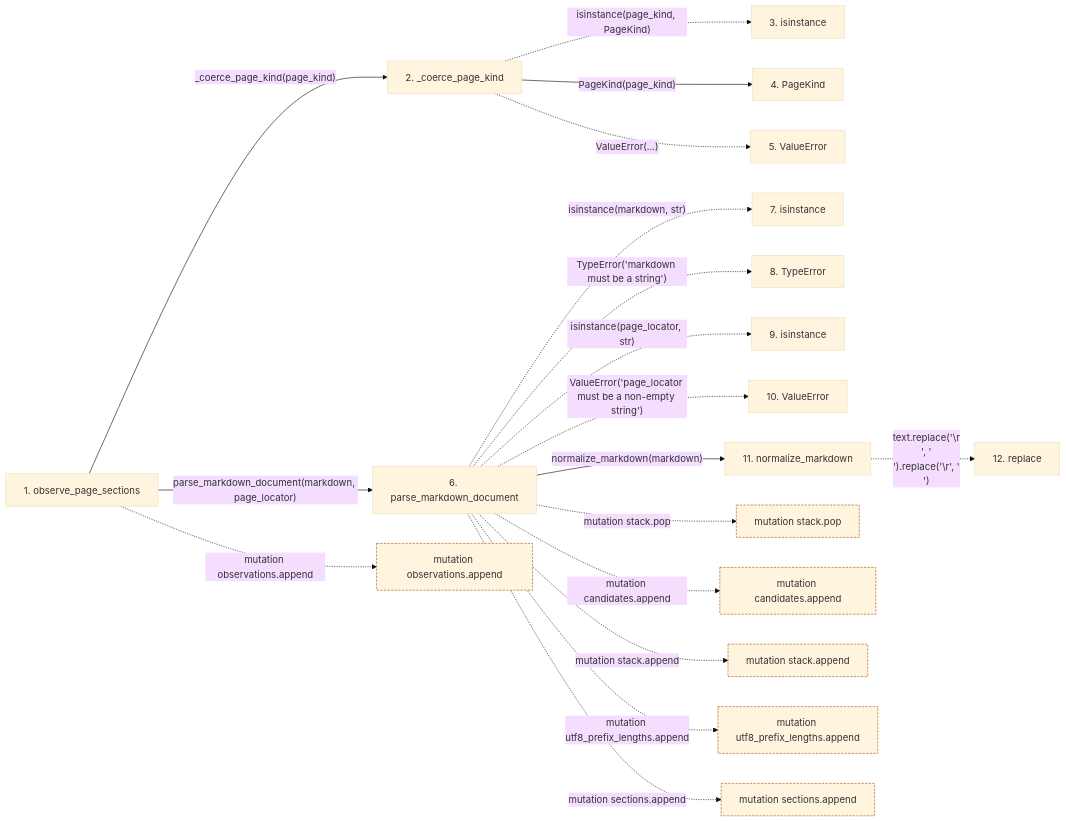
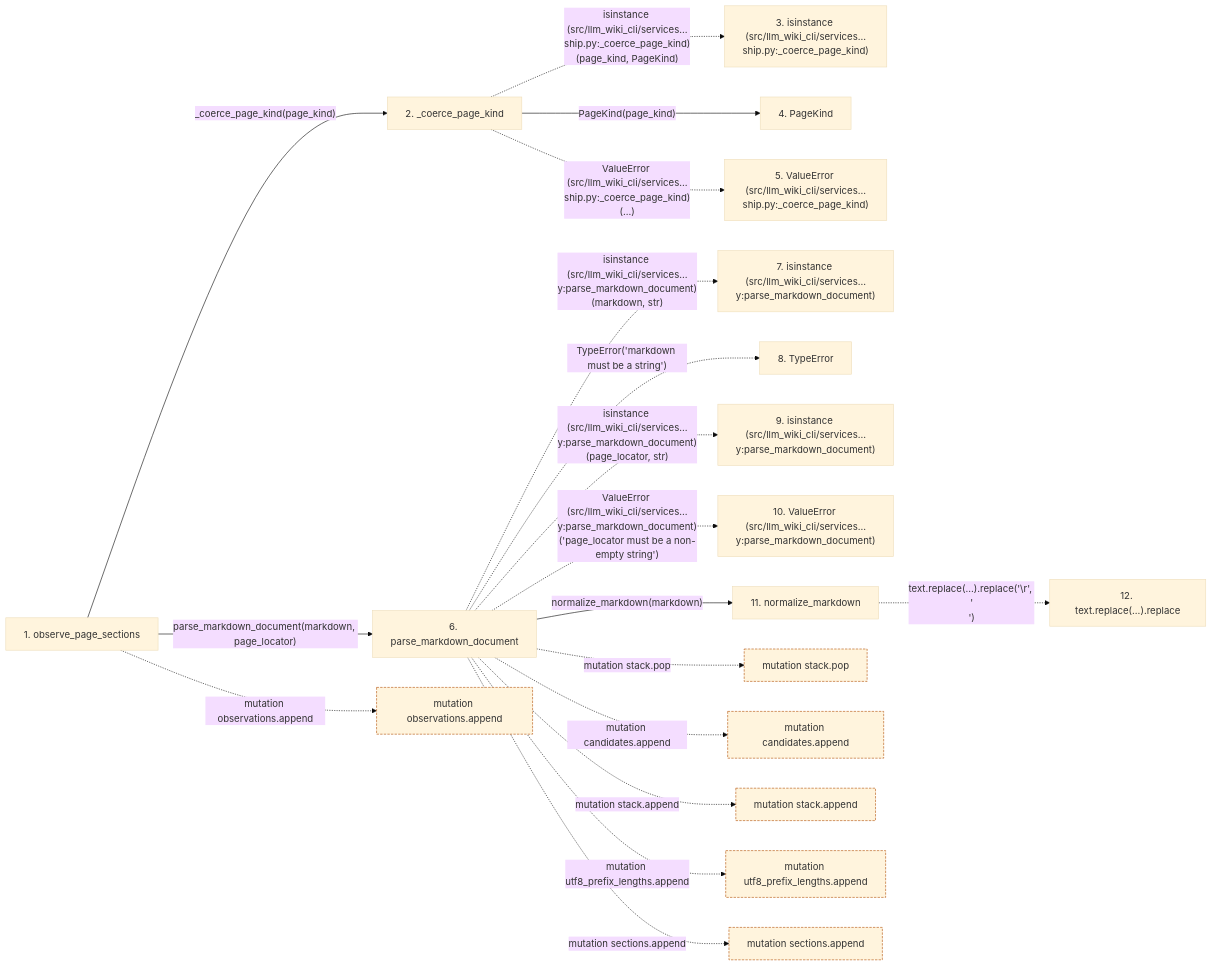
One commit to Denissvgn/python-wiki-llm changed the second of 2 diagrams in docs/llm_wiki/flows/api-observe_page_sections.md. Above: the diagram before and after it, drawn with Mermaid (base theme). The commit also changed other lines of this file and 719 other files, not shown here.

````diff
--- a/docs/llm_wiki/flows/api-observe_page_sections.md
+++ b/docs/llm_wiki/flows/api-observe_page_sections.md
@@ -70,50 +77,50 @@
 ```mermaid
 flowchart LR
     s1["1. observe_page_sections"]
     s2["2. _coerce_page_kind"]
-    s3["3. isinstance"]
+    s3["3. isinstance (src/llm_wiki_cli/services…ship.py:_coerce_page_kind)"]
     s4["4. PageKind"]
-    s5["5. ValueError"]
+    s5["5. ValueError (src/llm_wiki_cli/services…ship.py:_coerce_page_kind)"]
     s6["6. parse_markdown_document"]
-    s7["7. isinstance"]
+    s7["7. isinstance (src/llm_wiki_cli/services…y:parse_markdown_document)"]
     s8["8. TypeError"]
-    s9["9. isinstance"]
-    s10["10. ValueError"]
+    s9["9. isinstance (src/llm_wiki_cli/services…y:parse_markdown_document)"]
+    s10["10. ValueError (src/llm_wiki_cli/services…y:parse_markdown_document)"]
     s11["11. normalize_markdown"]
-    s12["12. replace"]
+    s12["12. text.replace(…).replace"]
     s1 -->|"_coerce_page_kind(page_kind)"| s2
-    s2 -. "isinstance(page_kind, PageKind)" .-> s3
+    s2 -. "isinstance (src/llm_wiki_cli/services…ship.py:_coerce_page_kind)(page_kind, PageKind)" .-> s3
     s2 -->|"PageKind(page_kind)"| s4
-    s2 -. "ValueError(...)" .-> s5
+    s2 -. "ValueError (src/llm_wiki_cli/services…ship.py:_coerce_page_kind)(...)" .-> s5
     s1 -->|"parse_markdown_document(markdown, page_locator)"| s6
-    s6 -. "isinstance(markdown, str)" .-> s7
+    s6 -. "isinstance (src/llm_wiki_cli/services…y:parse_markdown_document)(markdown, str)" .-> s7
     s6 -. "TypeError('markdown must be a string')" .-> s8
-    s6 -. "isinstance(page_locator, str)" .-> s9
-    s6 -. "ValueError('page_locator must be a non-empty string')" .-> s10
+    s6 -. "isinstance (src/llm_wiki_cli/services…y:parse_markdown_document)(page_locator, str)" .-> s9
+    s6 -. "ValueError (src/llm_wiki_cli/services…y:parse_markdown_document)('page_locator must be a non-empty string')" .-> s10
     s6 -->|"normalize_markdown(markdown)"| s11
-    s11 -. "text.replace('\r\n', '\n').replace('\r', '\n')" .-> s12
+    s11 -. "text.replace(…).replace('\r', '\n')" .-> s12
     b0["mutation observations.append"]
     s1 -. "mutation observations.append" .-> b0
     b1["mutation stack.pop"]
     s6 -. "mutation stack.pop" .-> b1
     b2["mutation candidates.append"]
     s6 -. "mutation candidates.append" .-> b2
     b3["mutation stack.append"]
     s6 -. "mutation stack.append" .-> b3
     b4["mutation utf8_prefix_lengths.append"]
     s6 -. "mutation utf8_prefix_lengths.append" .-> b4
     b5["mutation sections.append"]
     s6 -. "mutation sections.append" .-> b5
     click s1 "../modules/section_ownership.md"
     click s2 "../modules/section_ownership.md"
     click s4 "../modules/wiki_surface.md"
     click s6 "../modules/markdown_sections.md"
     click s11 "../modules/markdown_sections.md"
     classDef boundary stroke:#b45309,stroke-dasharray: 4 2
     class b0 boundary
     class b1 boundary
     class b2 boundary
     class b3 boundary
     class b4 boundary
     class b5 boundary
 ```
````
